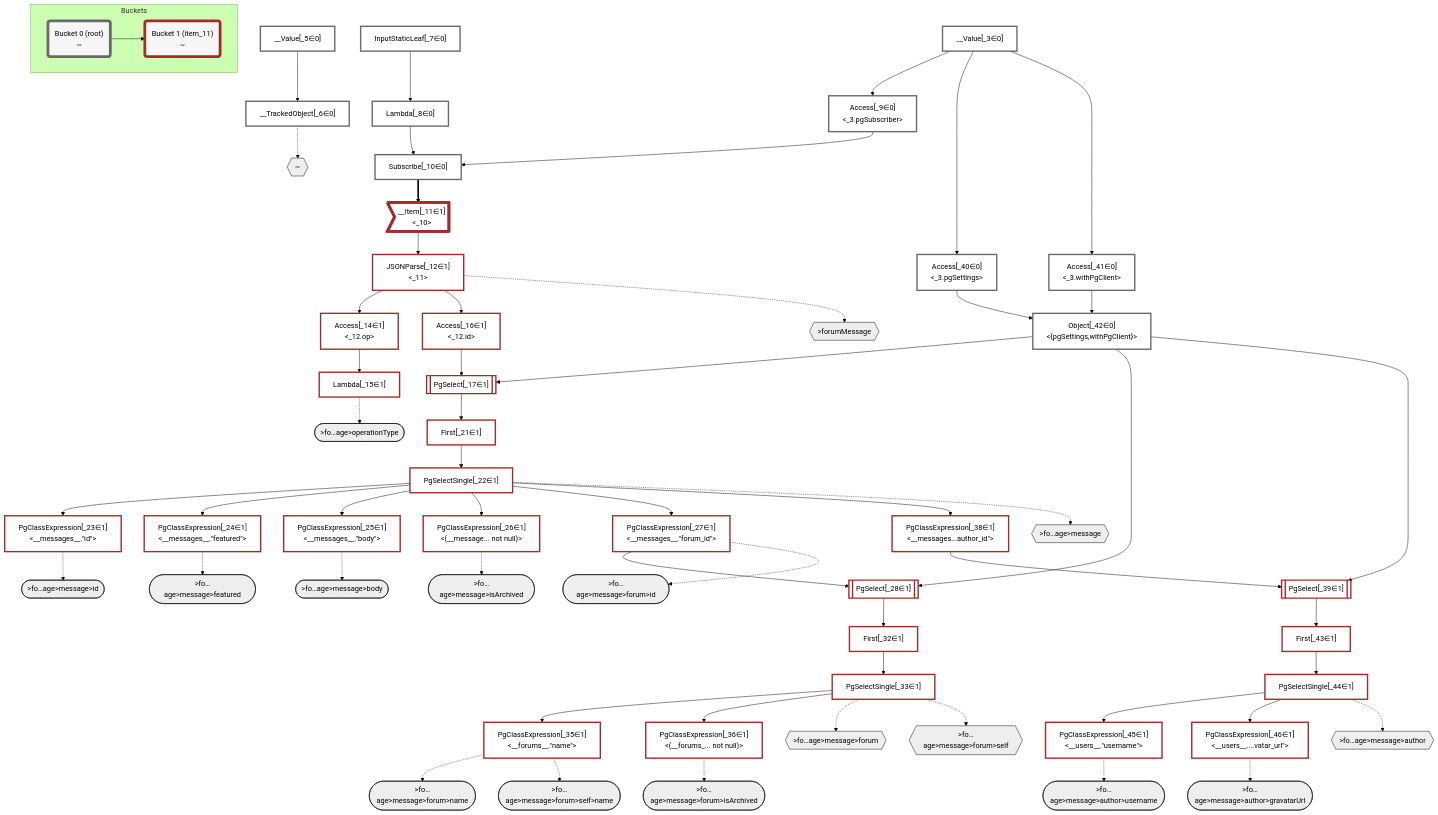
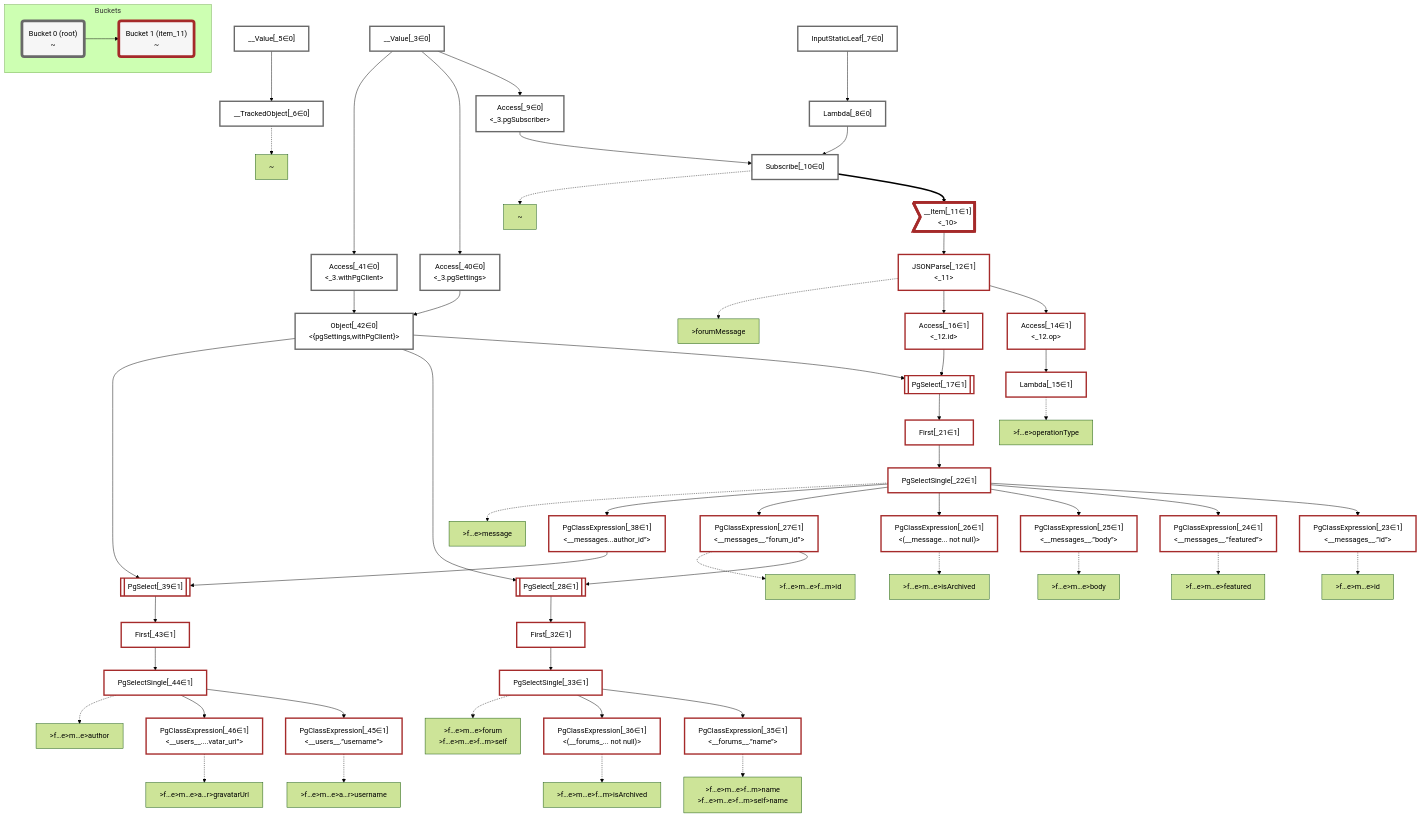
The diagram in packages/dataplan-pg/__tests__/subscriptions/basics/forum-messages.deopt.mermaid.md (graphile/crystal), drawn with Mermaid (forest theme) before and after one commit. The commit also changed 195 other files, not shown here.

```diff
--- a/packages/dataplan-pg/__tests__/subscriptions/basics/forum-messages.deopt.mermaid.md
+++ b/packages/dataplan-pg/__tests__/subscriptions/basics/forum-messages.deopt.mermaid.md
@@ -6,41 +6,6 @@
     classDef sideeffectplan fill:#f00,stroke-width:6px,color:#000
     classDef bucket fill:#f6f6f6,color:#000,stroke-width:6px
 
-    %% subgraph fields
-    P1{{"~"}}:::path
-    P2{{">forumMessage"}}:::path
-    P3([">fo…age>operationType"]):::path
-    %% P2 -.-> P3
-    P4{{">fo…age>message"}}:::path
-    P5([">fo…age>message>id"]):::path
-    %% P4 -.-> P5
-    P6([">fo…age>message>featured"]):::path
-    %% P4 -.-> P6
-    P7([">fo…age>message>body"]):::path
-    %% P4 -.-> P7
-    P8([">fo…age>message>isArchived"]):::path
-    %% P4 -.-> P8
-    P9{{">fo…age>message>forum"}}:::path
-    P10([">fo…age>message>forum>id"]):::path
-    %% P9 -.-> P10
-    P11([">fo…age>message>forum>name"]):::path
-    %% P9 -.-> P11
-    P12([">fo…age>message>forum>isArchived"]):::path
-    %% P9 -.-> P12
-    P13{{">fo…age>message>forum>self"}}:::path
-    P14([">fo…age>message>forum>self>name"]):::path
-    %% P13 -.-> P14
-    %% P9 -.-> P13
-    %% P4 -.-> P9
-    P15{{">fo…age>message>author"}}:::path
-    P16([">fo…age>message>author>username"]):::path
-    %% P15 -.-> P16
-    P17([">fo…age>message>author>gravatarUrl"]):::path
-    %% P15 -.-> P17
-    %% P4 -.-> P15
-    %% P2 -.-> P4
-    %% P1 -.-> P2
-    %% end
 
     %% define plans
     __Value_3["__Value[_3∈0]<br /><context>"]:::plan
@@ -58,25 +23,25 @@
     PgSelect_17[["PgSelect[_17∈1]<br /><messages>"]]:::plan
     First_21["First[_21∈1]"]:::plan
     PgSelectSingle_22["PgSelectSingle[_22∈1]<br /><messages>"]:::plan
-    PgClassExpression_23["PgClassExpression[_23∈1]<br /><__messages__.#quot;id#quot;>"]:::plan
-    PgClassExpression_24["PgClassExpression[_24∈1]<br /><__messages__.#quot;featured#quot;>"]:::plan
-    PgClassExpression_25["PgClassExpression[_25∈1]<br /><__messages__.#quot;body#quot;>"]:::plan
+    PgClassExpression_23["PgClassExpression[_23∈1]<br /><__messages__.”id”>"]:::plan
+    PgClassExpression_24["PgClassExpression[_24∈1]<br /><__messages__.”featured”>"]:::plan
+    PgClassExpression_25["PgClassExpression[_25∈1]<br /><__messages__.”body”>"]:::plan
     PgClassExpression_26["PgClassExpression[_26∈1]<br /><(__message... not null)>"]:::plan
-    PgClassExpression_27["PgClassExpression[_27∈1]<br /><__messages__.#quot;forum_id#quot;>"]:::plan
+    PgClassExpression_27["PgClassExpression[_27∈1]<br /><__messages__.”forum_id”>"]:::plan
     PgSelect_28[["PgSelect[_28∈1]<br /><forums>"]]:::plan
     First_32["First[_32∈1]"]:::plan
     PgSelectSingle_33["PgSelectSingle[_33∈1]<br /><forums>"]:::plan
-    PgClassExpression_35["PgClassExpression[_35∈1]<br /><__forums__.#quot;name#quot;>"]:::plan
+    PgClassExpression_35["PgClassExpression[_35∈1]<br /><__forums__.”name”>"]:::plan
     PgClassExpression_36["PgClassExpression[_36∈1]<br /><(__forums_... not null)>"]:::plan
-    PgClassExpression_38["PgClassExpression[_38∈1]<br /><__messages...author_id#quot;>"]:::plan
+    PgClassExpression_38["PgClassExpression[_38∈1]<br /><__messages...author_id”>"]:::plan
     PgSelect_39[["PgSelect[_39∈1]<br /><users>"]]:::plan
     Access_40["Access[_40∈0]<br /><_3.pgSettings>"]:::plan
     Access_41["Access[_41∈0]<br /><_3.withPgClient>"]:::plan
     Object_42["Object[_42∈0]<br /><{pgSettings,withPgClient}>"]:::plan
     First_43["First[_43∈1]"]:::plan
     PgSelectSingle_44["PgSelectSingle[_44∈1]<br /><users>"]:::plan
-    PgClassExpression_45["PgClassExpression[_45∈1]<br /><__users__.#quot;username#quot;>"]:::plan
-    PgClassExpression_46["PgClassExpression[_46∈1]<br /><__users__....vatar_url#quot;>"]:::plan
+    PgClassExpression_45["PgClassExpression[_45∈1]<br /><__users__.”username”>"]:::plan
+    PgClassExpression_46["PgClassExpression[_46∈1]<br /><__users__....vatar_url”>"]:::plan
 
     %% plan dependencies
     __Value_5 --> __TrackedObject_6
@@ -117,23 +82,38 @@
     PgSelectSingle_44 --> PgClassExpression_46
 
     %% plan-to-path relationships
+    P1["~"]
     __TrackedObject_6 -.-> P1
+    P2[">forumMessage"]
     JSONParse_12 -.-> P2
+    P3[">f…e>operationType"]
     Lambda_15 -.-> P3
+    P4[">f…e>message"]
     PgSelectSingle_22 -.-> P4
+    P5[">f…e>m…e>id"]
     PgClassExpression_23 -.-> P5
+    P6[">f…e>m…e>featured"]
     PgClassExpression_24 -.-> P6
+    P7[">f…e>m…e>body"]
     PgClassExpression_25 -.-> P7
+    P8[">f…e>m…e>isArchived"]
     PgClassExpression_26 -.-> P8
+    P9[">f…e>m…e>forum<br />>f…e>m…e>f…m>self"]
     PgSelectSingle_33 -.-> P9
+    P10[">f…e>m…e>f…m>id"]
     PgClassExpression_27 -.-> P10
+    P11[">f…e>m…e>f…m>name<br />>f…e>m…e>f…m>self>name"]
     PgClassExpression_35 -.-> P11
+    P12[">f…e>m…e>f…m>isArchived"]
     PgClassExpression_36 -.-> P12
-    PgSelectSingle_33 -.-> P13
-    PgClassExpression_35 -.-> P14
-    PgSelectSingle_44 -.-> P15
-    PgClassExpression_45 -.-> P16
-    PgClassExpression_46 -.-> P17
+    P13[">f…e>m…e>author"]
+    PgSelectSingle_44 -.-> P13
+    P14[">f…e>m…e>a…r>username"]
+    PgClassExpression_45 -.-> P14
+    P15[">f…e>m…e>a…r>gravatarUrl"]
+    PgClassExpression_46 -.-> P15
+    P16["~"]
+    Subscribe_10 -.-> P16
 
     %% allocate buckets
     classDef bucket0 stroke:#696969
```
